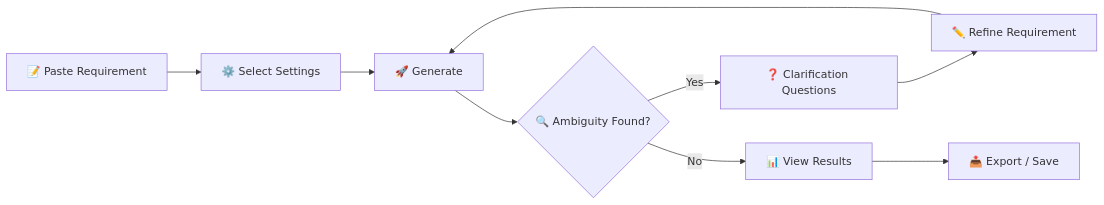
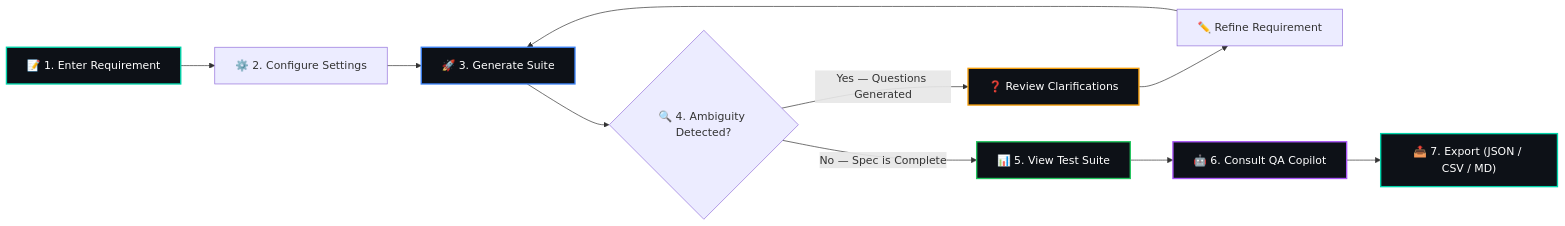
The first of 3 diagrams in README.md (KISHOR403/Testnexa-Ai), drawn with Mermaid before and after one commit. The commit also changed other lines of this file and 2 other files, not shown here.

````diff
--- a/README.md
+++ b/README.md
@@ -53,11 +53,19 @@
 ```mermaid
 flowchart LR
-    A["📝 Paste Requirement"] --> B["⚙️ Select Settings"]
-    B --> C["🚀 Generate"]
-    C --> D{"🔍 Ambiguity Found?"}
-    D -->|Yes| E["❓ Clarification Questions"]
+    A["📝 1. Enter Requirement"] --> B["⚙️ 2. Configure Settings"]
+    B --> C["🚀 3. Generate Suite"]
+    C --> D{"🔍 4. Ambiguity Detected?"}
+    D -->|Yes — Questions Generated| E["❓ Review Clarifications"]
     E --> F["✏️ Refine Requirement"]
     F --> C
-    D -->|No| G["📊 View Results"]
-    G --> H["📤 Export / Save"]
+    D -->|No — Spec is Complete| G["📊 5. View Test Suite"]
+    G --> H["🤖 6. Consult QA Copilot"]
+    H --> I["📤 7. Export (JSON / CSV / MD)"]
+
+    style A fill:#0d1117,stroke:#00d4aa,stroke-width:2px,color:#fff
+    style C fill:#0d1117,stroke:#3b82f6,stroke-width:2px,color:#fff
+    style E fill:#0d1117,stroke:#f59e0b,stroke-width:2px,color:#fff
+    style G fill:#0d1117,stroke:#22c55e,stroke-width:2px,color:#fff
+    style H fill:#0d1117,stroke:#a855f7,stroke-width:2px,color:#fff
+    style I fill:#0d1117,stroke:#00d4aa,stroke-width:2px,color:#fff
 ```
````
